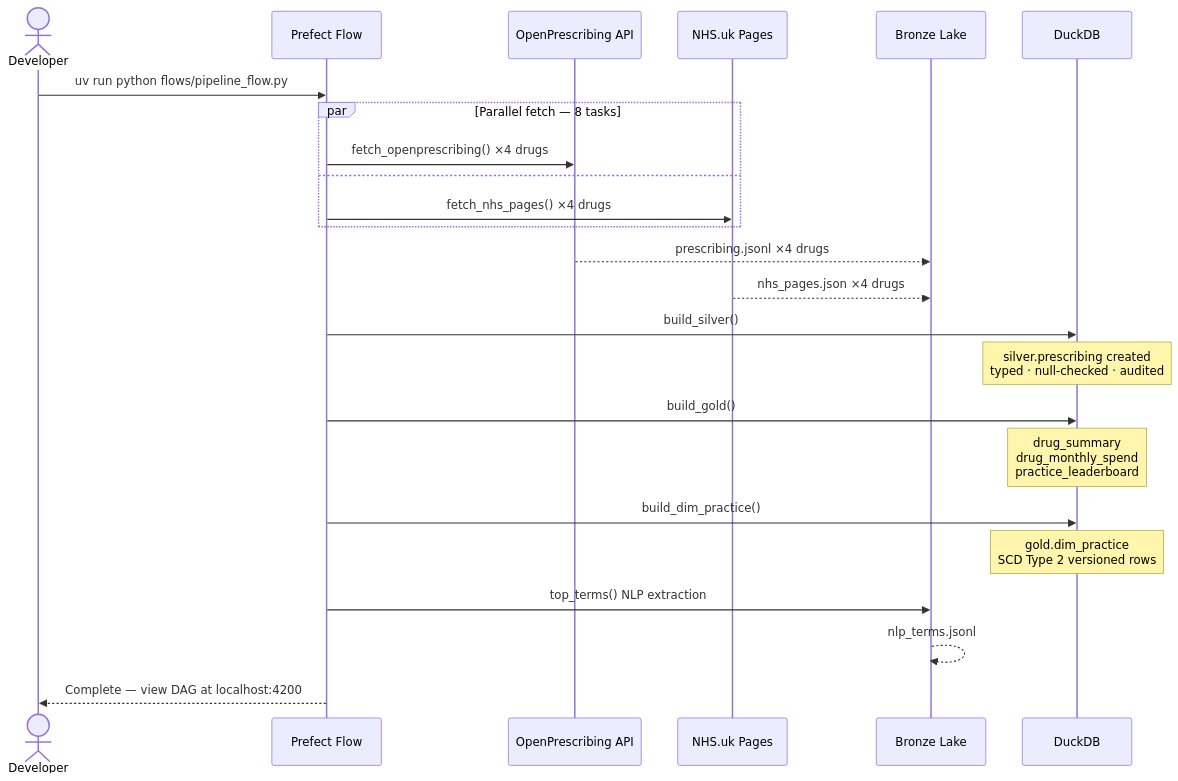
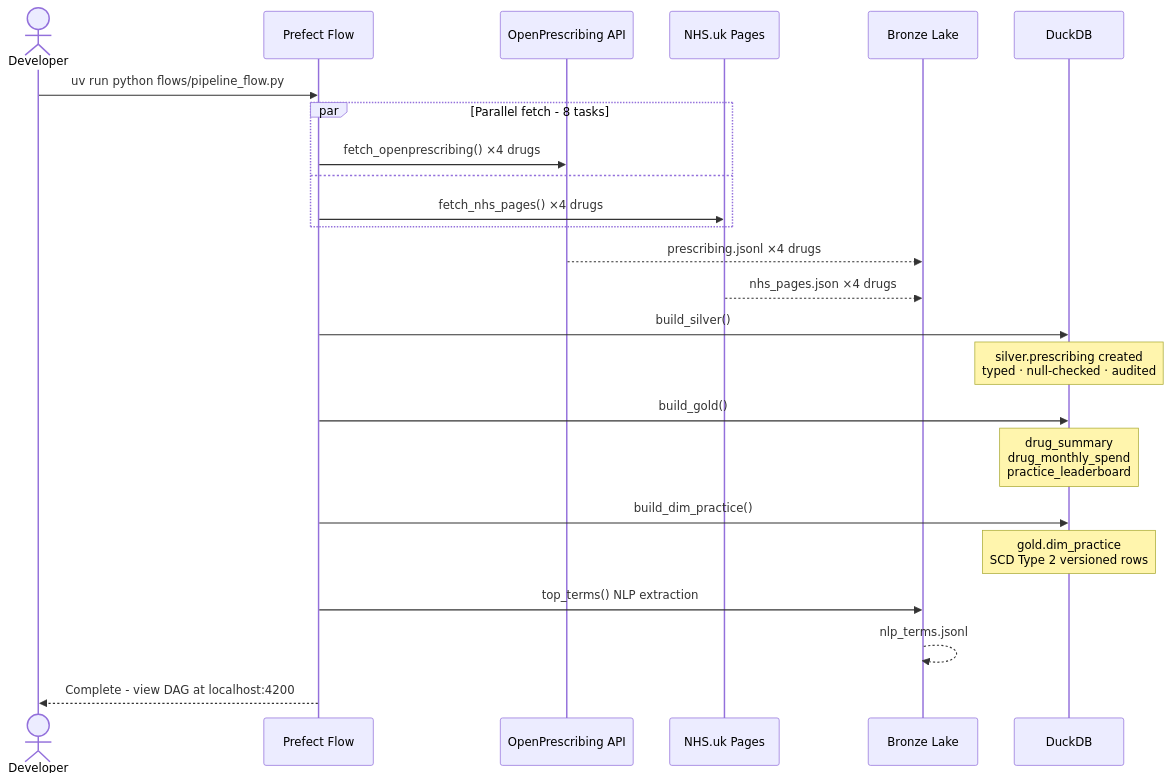
One commit to po-DRA/uk-healthcare-big-data-pipeline changed the second of 3 diagrams in README.md. Above: the diagram before and after it, drawn with Mermaid. The commit also changed other lines of this file, not shown here.

````diff
--- a/README.md
+++ b/README.md
@@ -142,34 +142,34 @@
 ```mermaid
 sequenceDiagram
     actor Dev as Developer
     participant PF as Prefect Flow
     participant API as OpenPrescribing API
     participant NHS as NHS.uk Pages
     participant Bronze as Bronze Lake
     participant DB as DuckDB
 
     Dev->>PF: uv run python flows/pipeline_flow.py
 
-    par Parallel fetch — 8 tasks
+    par Parallel fetch - 8 tasks
         PF->>API: fetch_openprescribing() ×4 drugs
     and
         PF->>NHS: fetch_nhs_pages() ×4 drugs
     end
 
     API-->>Bronze: prescribing.jsonl ×4 drugs
     NHS-->>Bronze: nhs_pages.json ×4 drugs
 
     PF->>DB: build_silver()
     Note over DB: silver.prescribing created<br/>typed · null-checked · audited
 
     PF->>DB: build_gold()
     Note over DB: drug_summary<br/>drug_monthly_spend<br/>practice_leaderboard
 
     PF->>DB: build_dim_practice()
     Note over DB: gold.dim_practice<br/>SCD Type 2 versioned rows
 
     PF->>Bronze: top_terms() NLP extraction
     Bronze-->>Bronze: nlp_terms.jsonl
 
-    PF-->>Dev: Complete — view DAG at localhost:4200
+    PF-->>Dev: Complete - view DAG at localhost:4200
 ```
````
